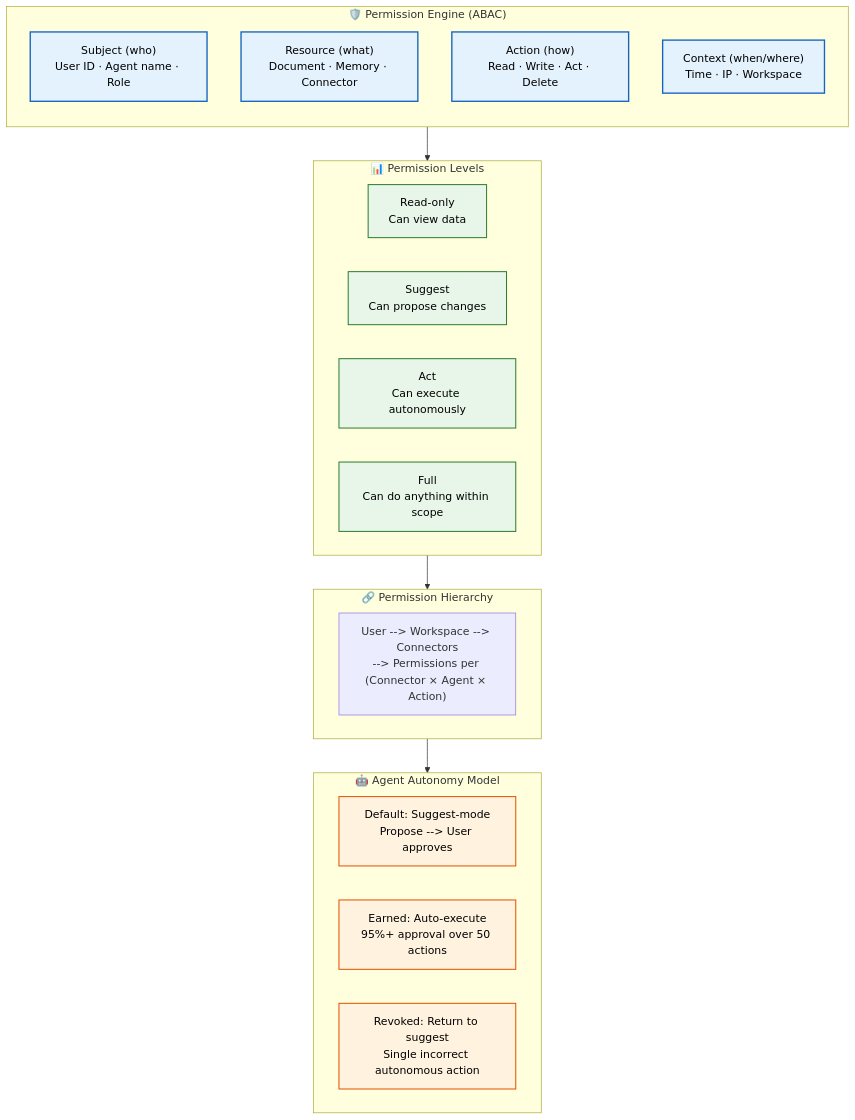
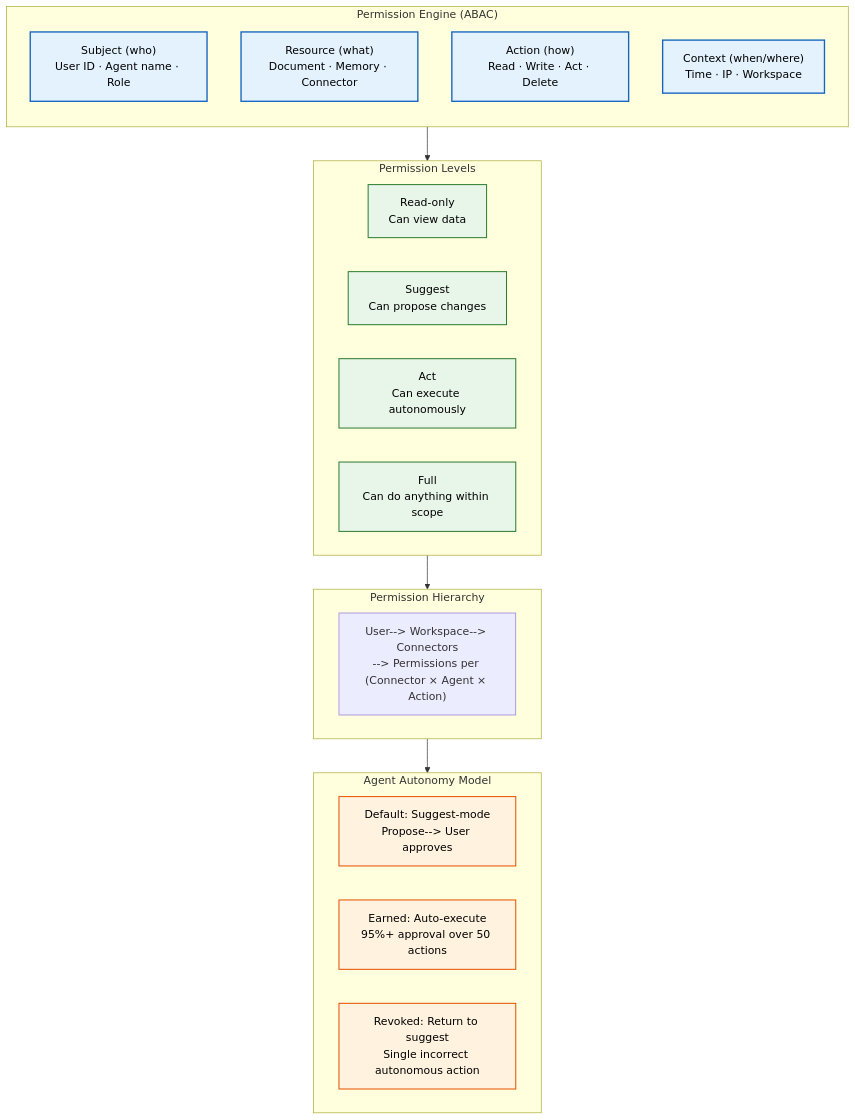
One commit to Driftloom/Vaeloom changed the first of 2 diagrams in docs/backend/Authorization.md. Above: the diagram before and after it, drawn with Mermaid. The commit also changed other lines of this file and 694 other files, not shown here.

First line of the commit message:
docs: mermaid standardization — encoding/mermaid/duplicate cleanup

````diff
--- a/docs/backend/Authorization.md
+++ b/docs/backend/Authorization.md
@@ -8,38 +8,38 @@
 ```mermaid
 graph TD
-    classDef layer fill:#e3f2fd,stroke:#1565c0,color:#000,stroke-width:2px
-    classDef level fill:#e8f5e9,stroke:#2e7d32,color:#000,stroke-width:1.5px
-    classDef autonomy fill:#fff3e0,stroke:#e65100,color:#000,stroke-width:1.5px
+ classDef layer fill:#e3f2fd,stroke:#1565c0,color:#000,stroke-width:2px
+ classDef level fill:#e8f5e9,stroke:#2e7d32,color:#000,stroke-width:1.5px
+ classDef autonomy fill:#fff3e0,stroke:#e65100,color:#000,stroke-width:1.5px
 
-    subgraph PermissionEngine["🛡️ Permission Engine (ABAC)"]
-        direction TB
-        P1["Subject (who)<br/>User ID · Agent name · Role"]
-        P2["Resource (what)<br/>Document · Memory · Connector"]
-        P3["Action (how)<br/>Read · Write · Act · Delete"]
-        P4["Context (when/where)<br/>Time · IP · Workspace"]
-    end
+ subgraph PermissionEngine["Permission Engine (ABAC)"]
+ direction TB
+ P1["Subject (who)<br/>User ID · Agent name · Role"]
+ P2["Resource (what)<br/>Document · Memory · Connector"]
+ P3["Action (how)<br/>Read · Write · Act · Delete"]
+ P4["Context (when/where)<br/>Time · IP · Workspace"]
+ end
 
-    subgraph Levels["📊 Permission Levels"]
-        L1["Read-only<br/>Can view data"]
-        L2["Suggest<br/>Can propose changes"]
-        L3["Act<br/>Can execute autonomously"]
-        L4["Full<br/>Can do anything within scope"]
-    end
+ subgraph Levels["Permission Levels"]
+ L1["Read-only<br/>Can view data"]
+ L2["Suggest<br/>Can propose changes"]
+ L3["Act<br/>Can execute autonomously"]
+ L4["Full<br/>Can do anything within scope"]
+ end
 
-    subgraph Hierarchy["🔗 Permission Hierarchy"]
-        H1["User --> Workspace --> Connectors<br/>--> Permissions per (Connector × Agent × Action)"]
-    end
+ subgraph Hierarchy["Permission Hierarchy"]
+ H1["User--> Workspace--> Connectors<br/>--> Permissions per (Connector × Agent × Action)"]
+ end
 
-    subgraph Autonomy["🤖 Agent Autonomy Model"]
-        A1["Default: Suggest-mode<br/>Propose --> User approves"]
-        A2["Earned: Auto-execute<br/>95%+ approval over 50 actions"]
-        A3["Revoked: Return to suggest<br/>Single incorrect autonomous action"]
-    end
+ subgraph Autonomy["Agent Autonomy Model"]
+ A1["Default: Suggest-mode<br/>Propose--> User approves"]
+ A2["Earned: Auto-execute<br/>95%+ approval over 50 actions"]
+ A3["Revoked: Return to suggest<br/>Single incorrect autonomous action"]
+ end
 
-    PermissionEngine --> Levels --> Hierarchy --> Autonomy
+ PermissionEngine--> Levels--> Hierarchy--> Autonomy
 
-    class P1,P2,P3,P4 layer
-    class L1,L2,L3,L4 level
-    class H1 hierarchy
-    class A1,A2,A3 autonomy
+ class P1,P2,P3,P4 layer
+ class L1,L2,L3,L4 level
+ class H1 hierarchy
+ class A1,A2,A3 autonomy
 ```
````
